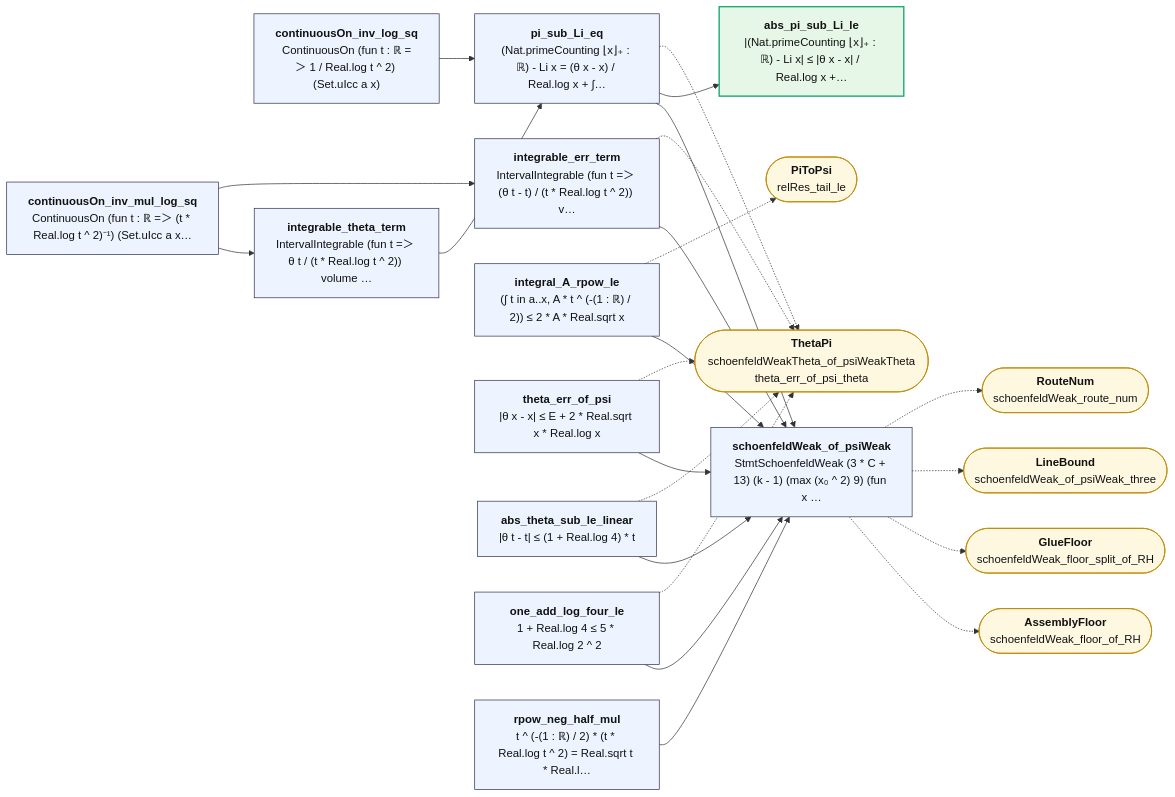
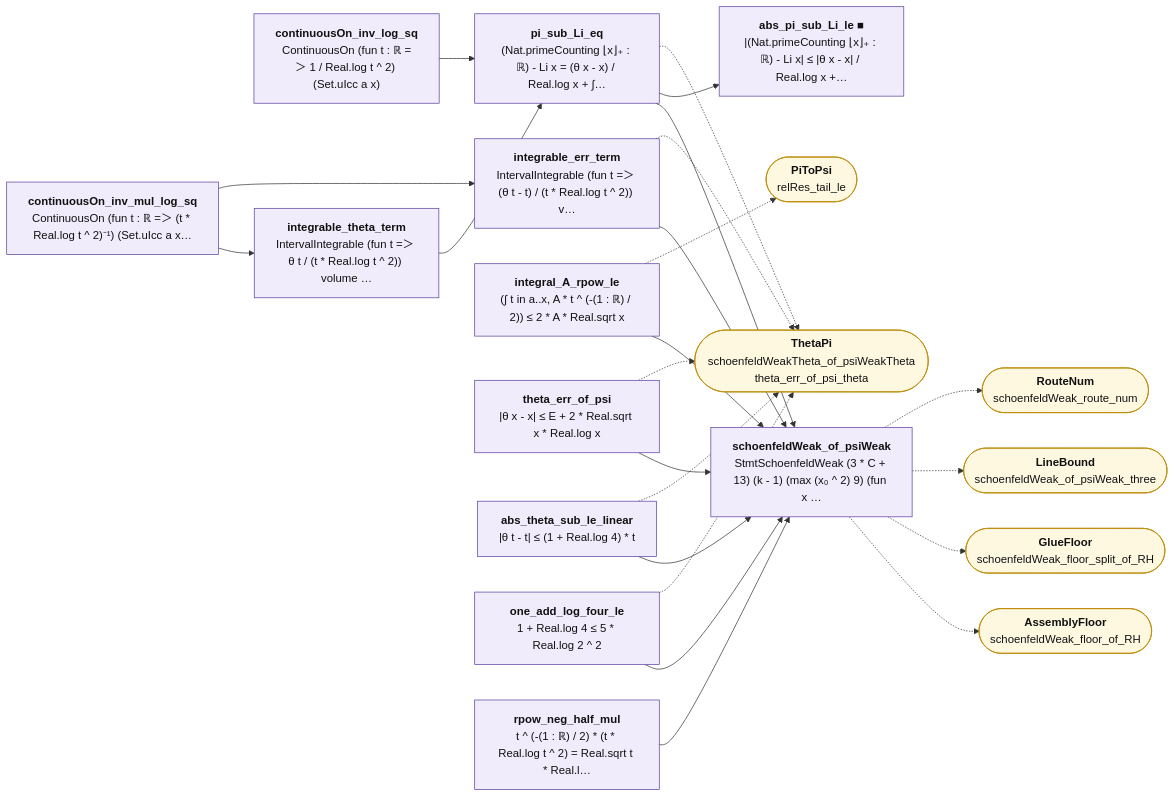
The diagram in map/lean_stage3/PsiToPi.md (juliansambranojr/Primebeat_081426), drawn with Mermaid before and after one commit. The commit also changed other lines of this file and 398 other files, not shown here.

First line of the commit message:
map: the table first. Three layers from Lean's record of each proof and everything beneath it: counting (integers only), shape (analysis, no zeta), reads zeta; map/TABLE.md lists every counting theorem; the Riemann hypothesis is drawn as one reading at the edge

````diff
--- a/map/lean_stage3/PsiToPi.md
+++ b/map/lean_stage3/PsiToPi.md
@@ -12,48 +12,51 @@
 ```mermaid
 flowchart LR
-  n0["<b>continuousOn_inv_log_sq</b><br/>ContinuousOn (fun t : ℝ =＞ 1 / Real.log t ^ 2) (Set.uIcc a x)"]:::thm
-  n1["<b>continuousOn_inv_mul_log_sq</b><br/>ContinuousOn (fun t : ℝ =＞ (t * Real.log t ^ 2)⁻¹) (Set.uIcc a x…"]:::thm
-  n2["<b>integrable_theta_term</b><br/>IntervalIntegrable (fun t =＞ θ t / (t * Real.log t ^ 2)) volume …"]:::thm
-  n3["<b>integrable_err_term</b><br/>IntervalIntegrable (fun t =＞ (θ t - t) / (t * Real.log t ^ 2)) v…"]:::thm
-  n4["<b>pi_sub_Li_eq</b><br/>(Nat.primeCounting ⌊x⌋₊ : ℝ) - Li x = (θ x - x) / Real.log x + ∫…"]:::thm
-  n5["<b>abs_pi_sub_Li_le</b><br/>|(Nat.primeCounting ⌊x⌋₊ : ℝ) - Li x| ≤ |θ x - x| / Real.log x +…"]:::end_
-  n6["<b>integral_A_rpow_le</b><br/>(∫ t in a..x, A * t ^ (-(1 : ℝ) / 2)) ≤ 2 * A * Real.sqrt x"]:::thm
-  n7["<b>theta_err_of_psi</b><br/>|θ x - x| ≤ E + 2 * Real.sqrt x * Real.log x"]:::thm
-  n8["<b>abs_theta_sub_le_linear</b><br/>|θ t - t| ≤ (1 + Real.log 4) * t"]:::thm
-  n9["<b>one_add_log_four_le</b><br/>1 + Real.log 4 ≤ 5 * Real.log 2 ^ 2"]:::thm
-  n10["<b>rpow_neg_half_mul</b><br/>t ^ (-(1 : ℝ) / 2) * (t * Real.log t ^ 2) = Real.sqrt t * Real.l…"]:::thm
-  n11["<b>schoenfeldWeak_of_psiWeak</b><br/>StmtSchoenfeldWeak (3 * C + 13) (k - 1) (max (x₀ ^ 2) 9) (fun x …"]:::thm
+  n0["<b>continuousOn_inv_log_sq</b><br/>ContinuousOn (fun t : ℝ =＞ 1 / Real.log t ^ 2) (Set.uIcc a x)"]:::shp
+  n1["<b>continuousOn_inv_mul_log_sq</b><br/>ContinuousOn (fun t : ℝ =＞ (t * Real.log t ^ 2)⁻¹) (Set.uIcc a x…"]:::shp
+  n2["<b>integrable_theta_term</b><br/>IntervalIntegrable (fun t =＞ θ t / (t * Real.log t ^ 2)) volume …"]:::shp
+  n3["<b>integrable_err_term</b><br/>IntervalIntegrable (fun t =＞ (θ t - t) / (t * Real.log t ^ 2)) v…"]:::shp
+  n4["<b>pi_sub_Li_eq</b><br/>(Nat.primeCounting ⌊x⌋₊ : ℝ) - Li x = (θ x - x) / Real.log x + ∫…"]:::shp
+  n5["<b>abs_pi_sub_Li_le ■</b><br/>|(Nat.primeCounting ⌊x⌋₊ : ℝ) - Li x| ≤ |θ x - x| / Real.log x +…"]:::shp
+  n6["<b>integral_A_rpow_le</b><br/>(∫ t in a..x, A * t ^ (-(1 : ℝ) / 2)) ≤ 2 * A * Real.sqrt x"]:::shp
+  n7["<b>theta_err_of_psi</b><br/>|θ x - x| ≤ E + 2 * Real.sqrt x * Real.log x"]:::shp
+  n8["<b>abs_theta_sub_le_linear</b><br/>|θ t - t| ≤ (1 + Real.log 4) * t"]:::shp
+  n9["<b>one_add_log_four_le</b><br/>1 + Real.log 4 ≤ 5 * Real.log 2 ^ 2"]:::shp
+  n10["<b>rpow_neg_half_mul</b><br/>t ^ (-(1 : ℝ) / 2) * (t * Real.log t ^ 2) = Real.sqrt t * Real.l…"]:::shp
+  n11["<b>schoenfeldWeak_of_psiWeak</b><br/>StmtSchoenfeldWeak (3 * C + 13) (k - 1) (max (x₀ ^ 2) 9) (fun x …"]:::shp
   x0(["<b>ThetaPi</b><br/>schoenfeldWeakTheta_of_psiWeakTheta<br/>theta_err_of_psi_theta"]):::ext
   x1(["<b>PiToPsi</b><br/>relRes_tail_le"]):::ext
   x2(["<b>AssemblyFloor</b><br/>schoenfeldWeak_floor_of_RH"]):::ext
   x3(["<b>GlueFloor</b><br/>schoenfeldWeak_floor_split_of_RH"]):::ext
   x4(["<b>LineBound</b><br/>schoenfeldWeak_of_psiWeak_three"]):::ext
   x5(["<b>RouteNum</b><br/>schoenfeldWeak_route_num"]):::ext
   n0 --> n4
   n1 --> n2
   n1 --> n3
   n10 --> n11
   n2 --> n4
   n3 --> n11
   n4 --> n11
   n4 --> n5
   n6 --> n11
   n7 --> n11
   n8 --> n11
   n9 --> n11
   n11 -.-> x2
   n11 -.-> x3
   n11 -.-> x4
   n11 -.-> x5
   n3 -.-> x0
   n4 -.-> x0
   n6 -.-> x1
   n7 -.-> x0
   n8 -.-> x0
   n9 -.-> x0
+  classDef cnt fill:#dff5ec,stroke:#17694a,color:#111
+  classDef shp fill:#f1ecfb,stroke:#5b3fa0,color:#111
+  classDef rh fill:#ffe5e5,stroke:#c22,color:#111,stroke-width:2px
   classDef thm fill:#eef4ff,stroke:#335,color:#111
   classDef end_ fill:#e7f7e7,stroke:#2a7,color:#111,stroke-width:2px
   classDef lone fill:#fff,stroke:#999,color:#111,stroke-dasharray:4 3
   classDef bad fill:#ffe5e5,stroke:#c22,color:#111,stroke-width:2px
   classDef ext fill:#fff8e1,stroke:#b80,color:#111
 ```
````
